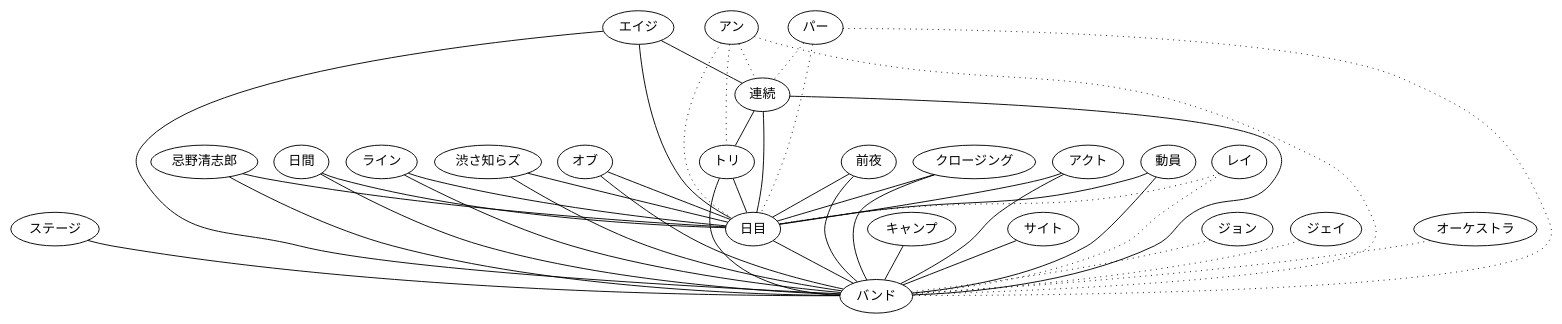
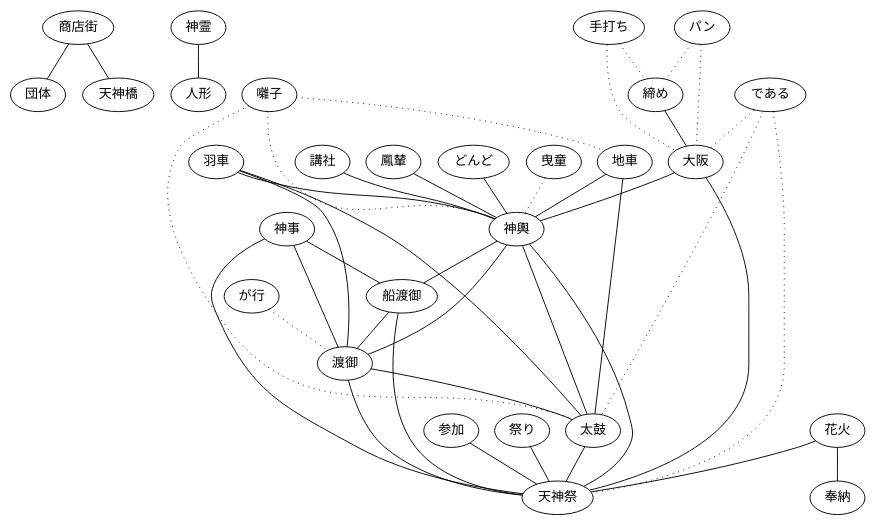
One commit to michaelweiss/keygraph changed the diagram in dot/base.dot. Above: the diagram before and after it, drawn with Graphviz. The commit also changed 5 other files, not shown here.

```diff
--- a/dot/base.dot
+++ b/dot/base.dot
@@ -1,44 +1,44 @@
 graph base {
-ステージ--バンド
-エイジ--連続
-忌野清志郎--日目
-日間--日目
-ライン--日目
-渋さ知らズ--日目
-オブ--日目
-前夜--日目
-クロージング--日目
-キャンプ--バンド
-アクト--日目
-サイト--バンド
-動員--日目
-忌野清志郎--バンド
-ライン--バンド
-連続--トリ
-エイジ--日目
-日間--バンド
-オブ--バンド
-クロージング--バンド
-アクト--バンド
-前夜--バンド
-渋さ知らズ--バンド
-動員--バンド
-エイジ--バンド
-連続--日目
-トリ--日目
-トリ--バンド
-連続--バンド
-日目--バンド
-パー--連続[style="dotted"]
-ジョン--バンド[style="dotted"]
-ジェイ--バンド[style="dotted"]
-アン--トリ[style="dotted"]
-オーケストラ--バンド[style="dotted"]
-パー--日目[style="dotted"]
-アン--連続[style="dotted"]
-レイ--日目[style="dotted"]
-パー--バンド[style="dotted"]
-アン--日目[style="dotted"]
-レイ--バンド[style="dotted"]
-アン--バンド[style="dotted"]
+商店街--団体
+神霊--人形
+神事--船渡御
+花火--奉納
+羽車--太鼓
+地車--神輿
+参加--天神祭
+神輿--船渡御
+太鼓--天神祭
+祭り--天神祭
+大阪--神輿
+講社--神輿
+鳳輦--神輿
+羽車--渡御
+どんど--神輿
+地車--太鼓
+船渡御--天神祭
+神事--天神祭
+花火--天神祭
+商店街--天神橋
+渡御--太鼓
+神事--渡御
+羽車--神輿
+神輿--天神祭
+神輿--太鼓
+渡御--天神祭
+神輿--渡御
+締め--大阪
+船渡御--渡御
+大阪--天神祭
+囃子--神輿[style="dotted"]
+が行--渡御[style="dotted"]
+である--天神祭[style="dotted"]
+曳童--神輿[style="dotted"]
+である--太鼓[style="dotted"]
+囃子--太鼓[style="dotted"]
+である--大阪[style="dotted"]
+囃子--地車[style="dotted"]
+パン--大阪[style="dotted"]
+パン--締め[style="dotted"]
+手打ち--大阪[style="dotted"]
+手打ち--締め[style="dotted"]
 }
```
